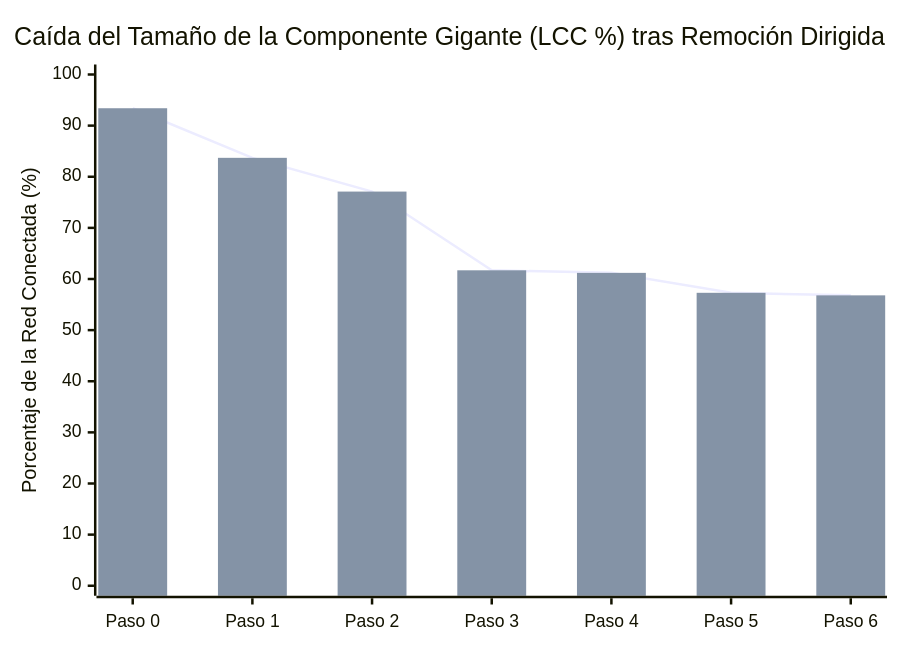
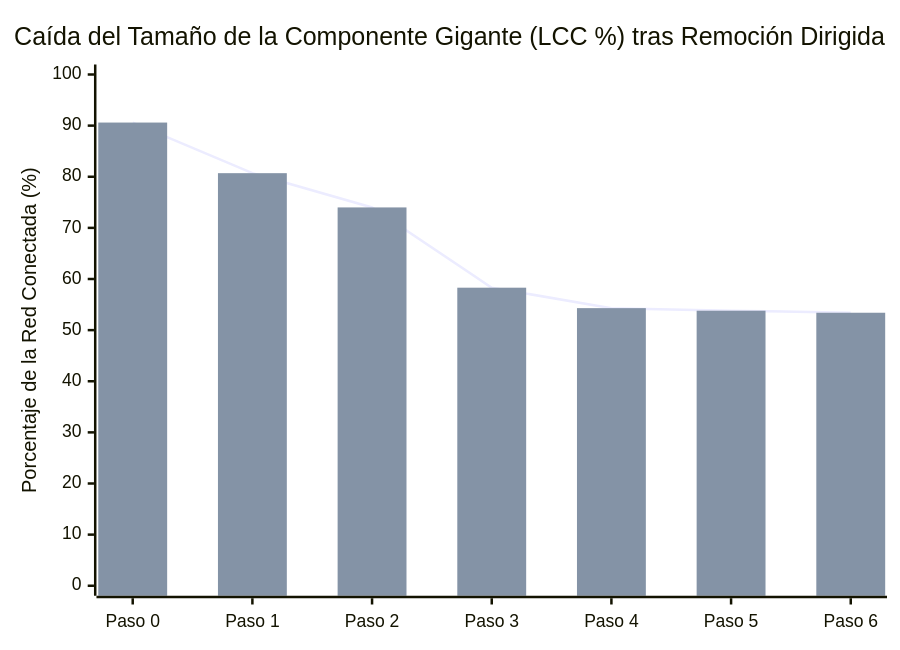
One commit to 0kamir/ftm-chile changed the diagram in 05_Vistas_Analiticas/Simulacion_Desarticulacion_Red.md. Above: the diagram before and after it, drawn with Mermaid. The commit also changed other lines of this file and 38 other files, not shown here.

````diff
--- a/05_Vistas_Analiticas/Simulacion_Desarticulacion_Red.md
+++ b/05_Vistas_Analiticas/Simulacion_Desarticulacion_Red.md
@@ -19,8 +19,8 @@
 ```mermaid
 xychart-beta
   title "Caída del Tamaño de la Componente Gigante (LCC %) tras Remoción Dirigida"
   x-axis ["Paso 0", "Paso 1", "Paso 2", "Paso 3", "Paso 4", "Paso 5", "Paso 6"]
   y-axis "Porcentaje de la Red Conectada (%)" 0 --> 100
-  line [93.4, 83.7, 77.1, 61.7, 61.2, 57.3, 56.8]
-  bar [93.4, 83.7, 77.1, 61.7, 61.2, 57.3, 56.8]
+  line [90.6, 80.7, 74.0, 58.3, 54.3, 53.8, 53.4]
+  bar [90.6, 80.7, 74.0, 58.3, 54.3, 53.8, 53.4]
 ```
````
